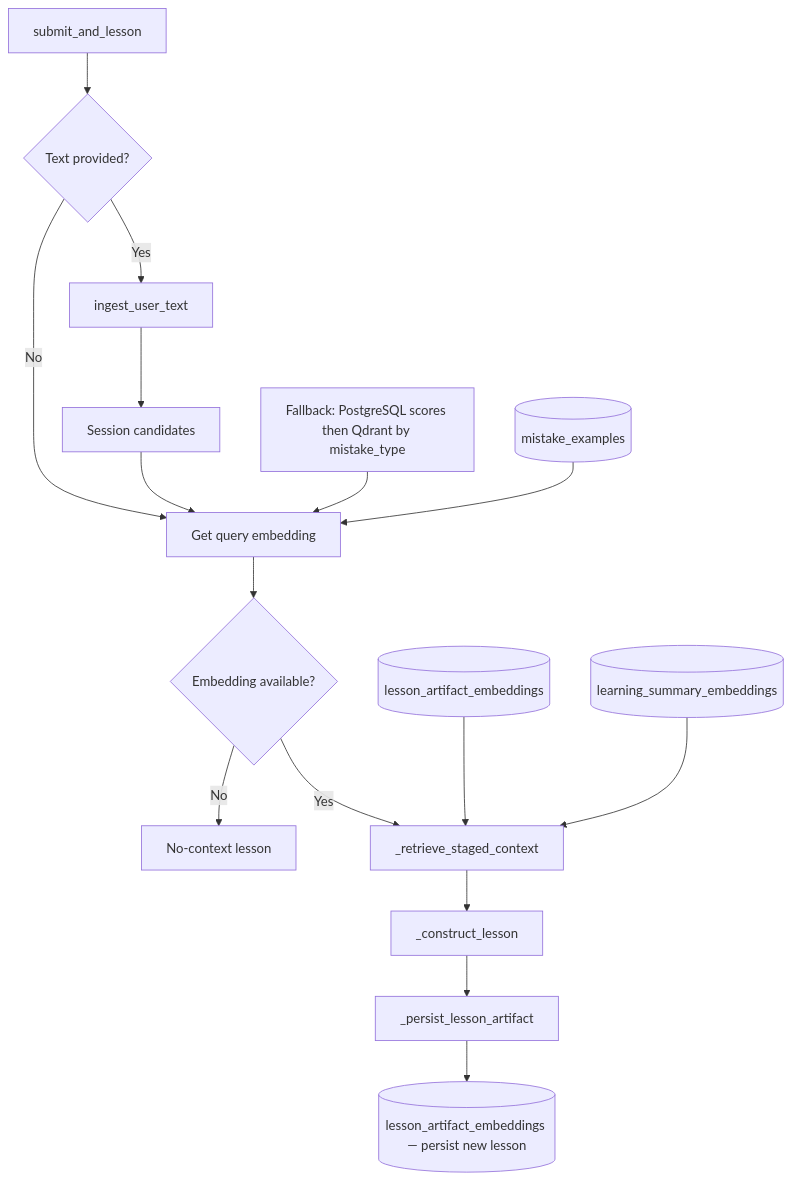
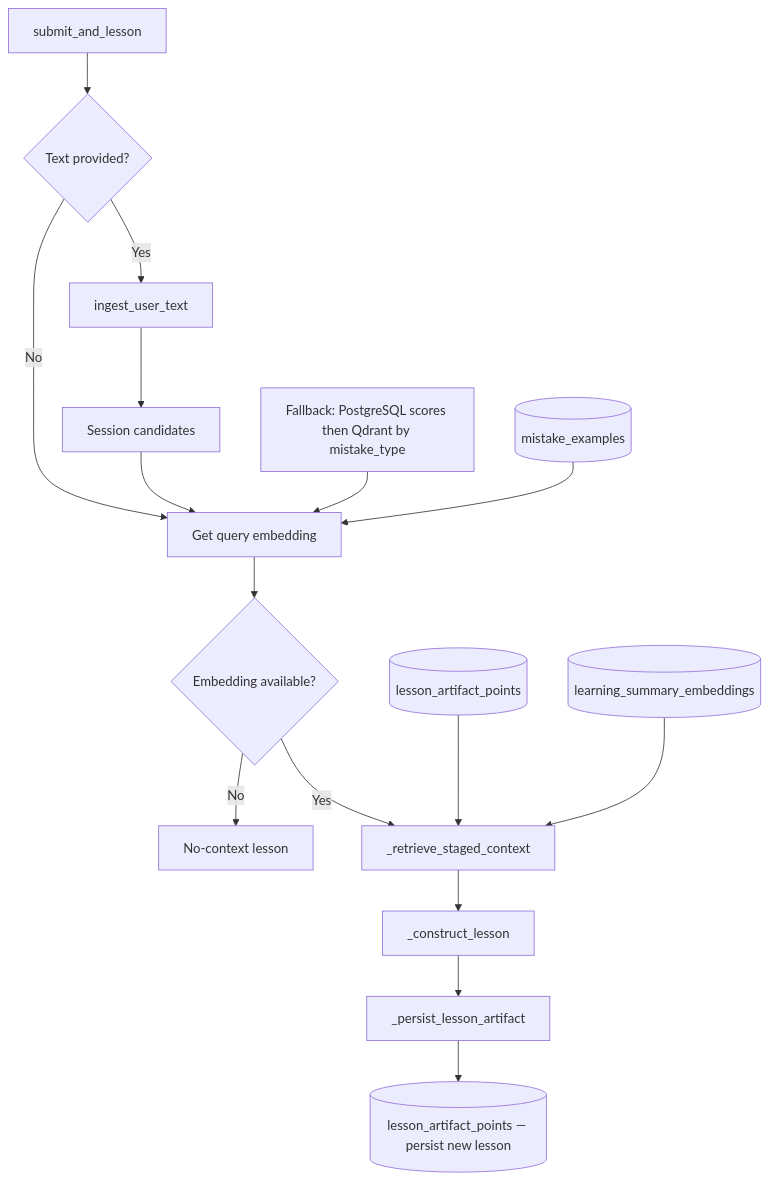
One commit to ali5p/lexory changed the second of 2 diagrams in README.md. Above: the diagram before and after it, drawn with Mermaid. The commit also changed other lines of this file and 5 other files, not shown here.

Commit message:
refactor(rag): use mistake-context vectors for lesson artifact retrieval

````diff
--- a/README.md
+++ b/README.md
@@ -207,39 +182,39 @@
 ```mermaid
 flowchart TB
     A[submit_and_lesson]
     B{Text provided?}
     C[ingest_user_text]
     D[Get query embedding]
     E{Embedding available?}
     F[No-context lesson]
 
     G[_retrieve_staged_context]
     H[_construct_lesson]
     I[_persist_lesson_artifact]
 
     J[Session candidates]
     K[Fallback: PostgreSQL scores then Qdrant by mistake_type]
     L[(mistake_examples)]
-    M[(lesson_artifact_embeddings)]
+    M[(lesson_artifact_points)]
     N[(learning_summary_embeddings)]
-    O[(lesson_artifact_embeddings — persist new lesson)]
+    O[(lesson_artifact_points — persist new lesson)]
 
     A --> B
     B -- Yes --> C
     B -- No --> D
     C --> J
     J --> D
     K --> D
     L --> D
 
     D --> E
     E -- No --> F
     E -- Yes --> G
 
     G --> H
     M --> G
     N --> G
 
     H --> I
     I --> O
 ```
````
